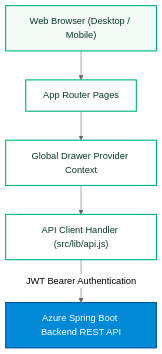
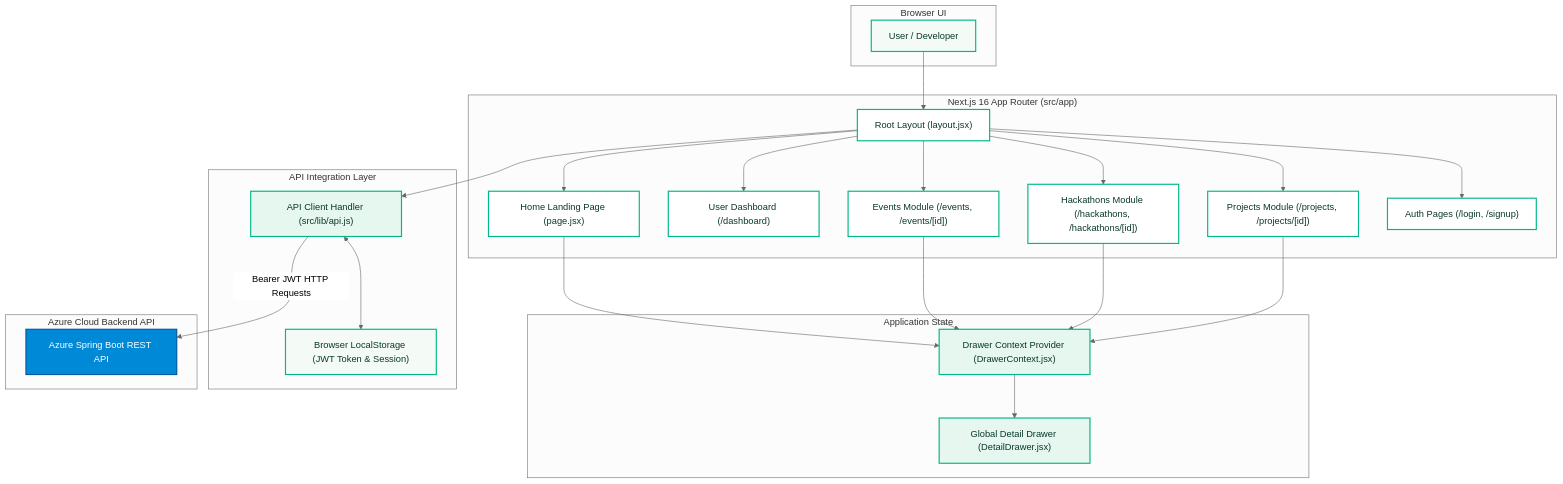
The first of 3 diagrams in README.md (SandeepVashishtha/Eventra), drawn with Mermaid (neutral theme) before and after one commit. The commit also changed other lines of this file, not shown here.

````diff
--- a/README.md
+++ b/README.md
@@ -13,11 +29,53 @@
 ```mermaid
 graph TD
     classDef client fill:#f4fbf7,stroke:#00b887,stroke-width:2px,color:#09382b;
-    classDef frontend fill:#ffffff,stroke:#00b887,stroke-width:2px,color:#09382b;
-    classDef azure fill:#0089D6,stroke:#005a9e,stroke-width:2px,color:#ffffff;
+    classDef page fill:#ffffff,stroke:#00b887,stroke-width:2px,color:#09382b;
+    classDef context fill:#e6f7f0,stroke:#00b887,stroke-width:2px,color:#09382b;
+    classDef backend fill:#0089D6,stroke:#005a9e,stroke-width:2px,color:#ffffff;
 
-    UserBrowser["Web Browser (Desktop / Mobile)"]:::client --> Router["App Router Pages"]:::frontend
-    Router --> DrawerCtx["Global Drawer Provider Context"]:::frontend
-    DrawerCtx --> APIClient["API Client Handler (src/lib/api.js)"]:::frontend
-    APIClient -->|JWT Bearer Authentication| SpringBootAPI["Azure Spring Boot Backend REST API"]:::azure
+    subgraph ClientBrowser ["Browser UI"]
+        User["User / Developer"]:::client
+    end
+
+    subgraph NextJSApp ["Next.js 16 App Router (src/app)"]
+        RootLayout["Root Layout (layout.jsx)"]:::page
+        LandingPage["Home Landing Page (page.jsx)"]:::page
+        Dashboard["User Dashboard (/dashboard)"]:::page
+        EventsModule["Events Module (/events, /events/[id])"]:::page
+        HackathonsModule["Hackathons Module (/hackathons, /hackathons/[id])"]:::page
+        ProjectsModule["Projects Module (/projects, /projects/[id])"]:::page
+        AuthModule["Auth Pages (/login, /signup)"]:::page
+    end
+
+    subgraph StateManagement ["Application State"]
+        DrawerProvider["Drawer Context Provider (DrawerContext.jsx)"]:::context
+        SlideOverDrawer["Global Detail Drawer (DetailDrawer.jsx)"]:::context
+    end
+
+    subgraph DataLayer ["API Integration Layer"]
+        APIClient["API Client Handler (src/lib/api.js)"]:::context
+        LocalStorage["Browser LocalStorage (JWT Token & Session)"]:::client
+    end
+
+    subgraph RemoteBackend ["Azure Cloud Backend API"]
+        AzureSpring["Azure Spring Boot REST API"]:::backend
+    end
+
+    User --> RootLayout
+    RootLayout --> LandingPage
+    RootLayout --> Dashboard
+    RootLayout --> EventsModule
+    RootLayout --> HackathonsModule
+    RootLayout --> ProjectsModule
+    RootLayout --> AuthModule
+
+    LandingPage --> DrawerProvider
+    EventsModule --> DrawerProvider
+    HackathonsModule --> DrawerProvider
+    ProjectsModule --> DrawerProvider
+    
+    DrawerProvider --> SlideOverDrawer
+    RootLayout --> APIClient
+    APIClient <--> LocalStorage
+    APIClient -->|Bearer JWT HTTP Requests| AzureSpring
 ```
````
